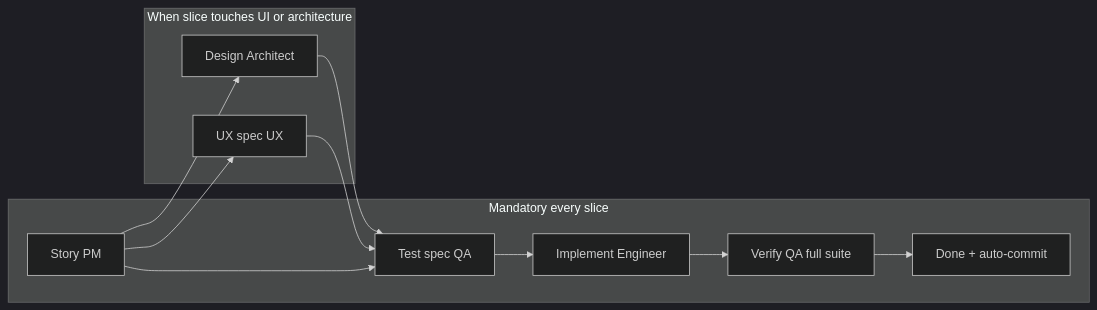
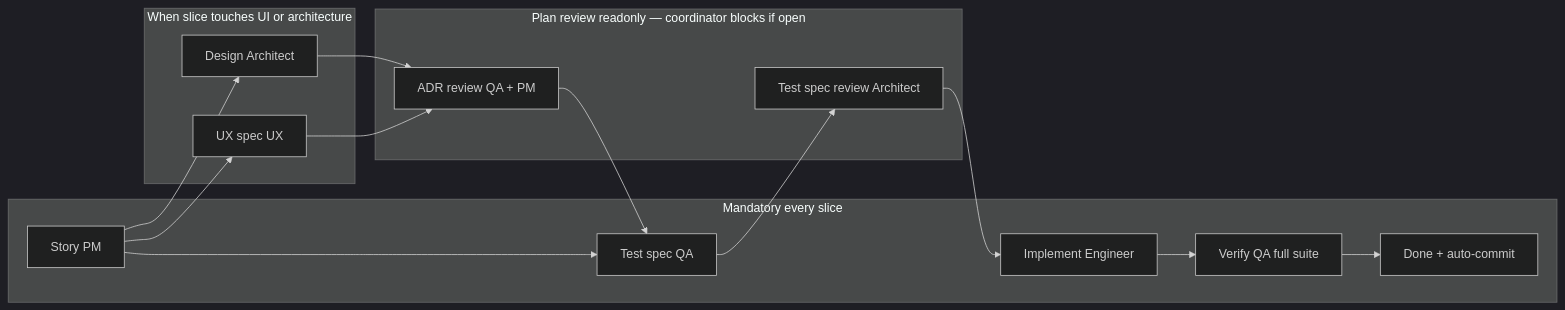
One commit to barrand/Podwash changed the diagram in docs/multitask-workflow.md. Above: the diagram before and after it, drawn with Mermaid (dark theme). The commit also changed other lines of this file and 9 other files, not shown here.

First line of the commit message:
docs: add plan review gates and next-slice runner

````diff
--- a/docs/multitask-workflow.md
+++ b/docs/multitask-workflow.md
@@ -181,22 +188,28 @@
 ```mermaid
 flowchart LR
   subgraph mandatory["Mandatory every slice"]
     S[Story PM]
     T[Test spec QA]
     I[Implement Engineer]
     V[Verify QA full suite]
     D[Done + auto-commit]
   end
   subgraph conditional["When slice touches UI or architecture"]
     A[Design Architect]
     U[UX spec UX]
   end
+  subgraph planReview["Plan review readonly — coordinator blocks if open"]
+    R1[ADR review QA + PM]
+    R2[Test spec review Architect]
+  end
   S --> A
   S --> U
-  A --> T
-  U --> T
+  A --> R1
+  U --> R1
+  R1 --> T
   S --> T
-  T --> I
+  T --> R2
+  R2 --> I
   I --> V
   V --> D
 ```
````
